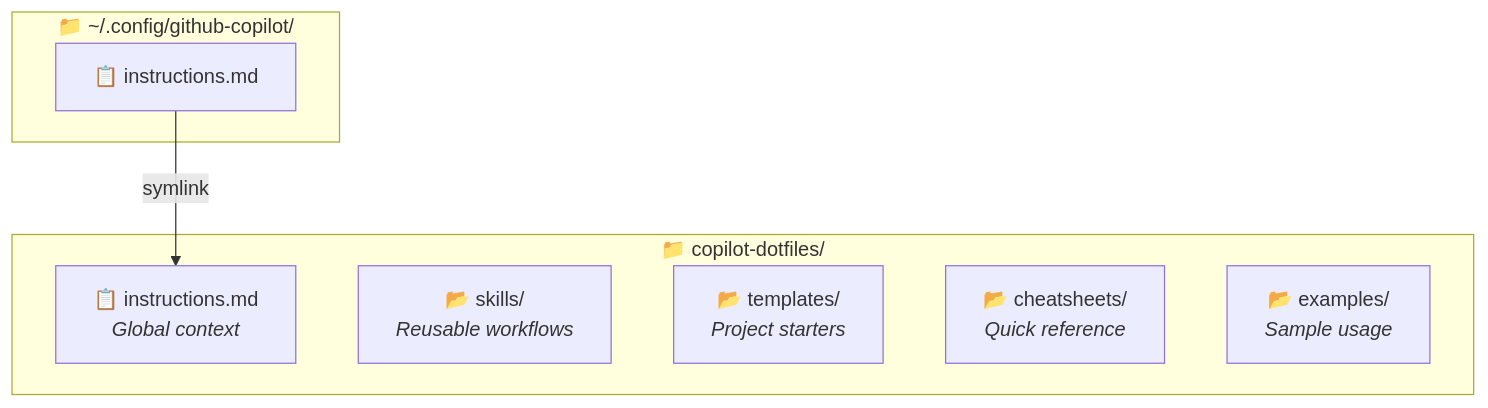
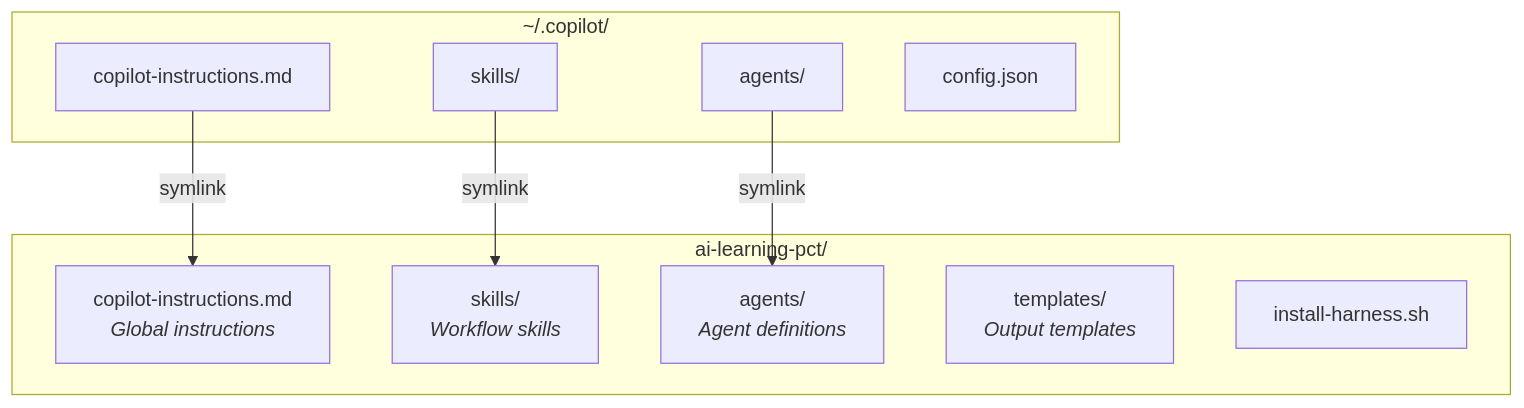
One commit to keckmatd/ai-learning-pct changed the diagram in site/src/content/slides/03-hands-on/45-what-got-installed.md. Above: the diagram before and after it, drawn with Mermaid. The commit also changed 12 other files, not shown here.

````diff
--- a/site/src/content/slides/03-hands-on/45-what-got-installed.md
+++ b/site/src/content/slides/03-hands-on/45-what-got-installed.md
@@ -11,15 +11,20 @@
 ```mermaid
 flowchart TB
-    subgraph CONFIG["📁 ~/.config/github-copilot/"]
-        L["📋 instructions.md"]
+    subgraph COPILOT["~/.copilot/"]
+        CI["copilot-instructions.md"]
+        SK2["skills/"]
+        AG2["agents/"]
+        CF["config.json"]
     end
-    L -->|"symlink"| I
+    CI -->|"symlink"| CI2
+    SK2 -->|"symlink"| SK
+    AG2 -->|"symlink"| AG
 
-    subgraph CD["📁 copilot-dotfiles/"]
-        I["📋 instructions.md<br/><i>Global context</i>"]
-        SK["📂 skills/<br/><i>Reusable workflows</i>"]
-        T["📂 templates/<br/><i>Project starters</i>"]
-        CS["📂 cheatsheets/<br/><i>Quick reference</i>"]
-        E["📂 examples/<br/><i>Sample usage</i>"]
+    subgraph REPO["ai-learning-pct/"]
+        CI2["copilot-instructions.md<br/><i>Global instructions</i>"]
+        SK["skills/<br/><i>Workflow skills</i>"]
+        AG["agents/<br/><i>Agent definitions</i>"]
+        T["templates/<br/><i>Output templates</i>"]
+        INS["install-harness.sh"]
     end
 ```
````
